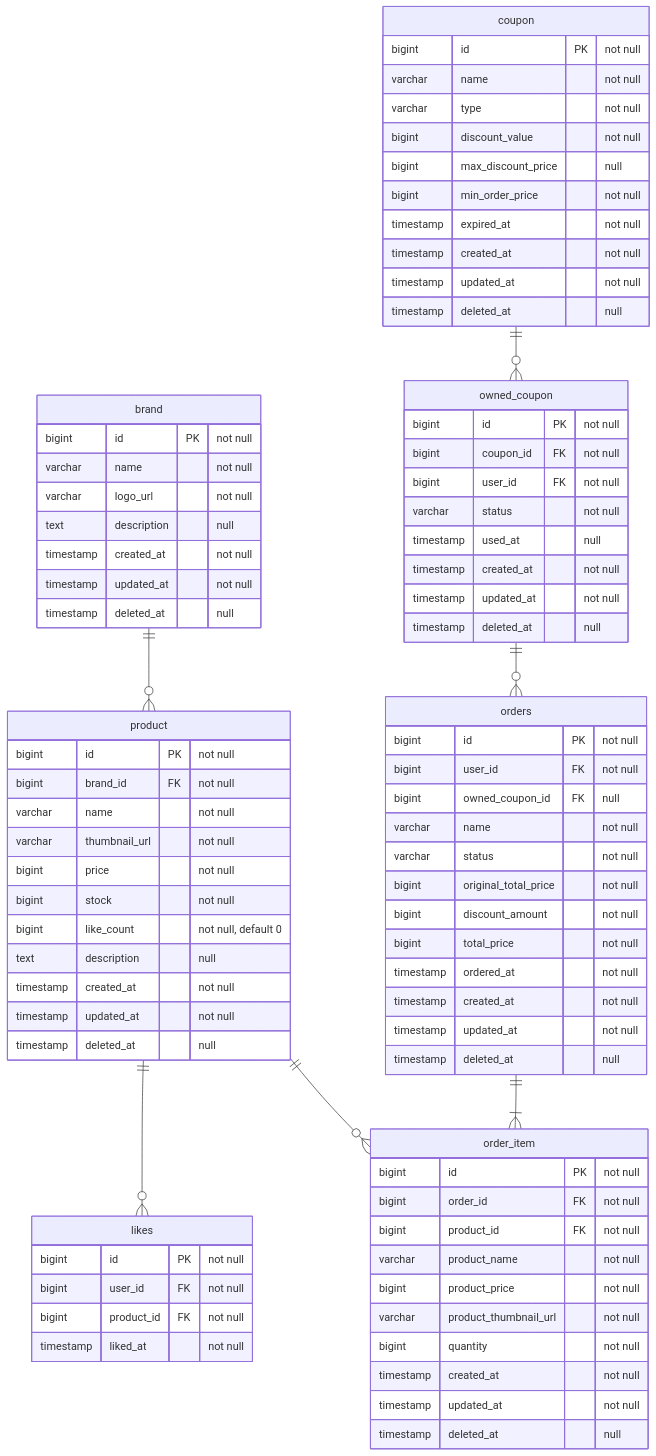
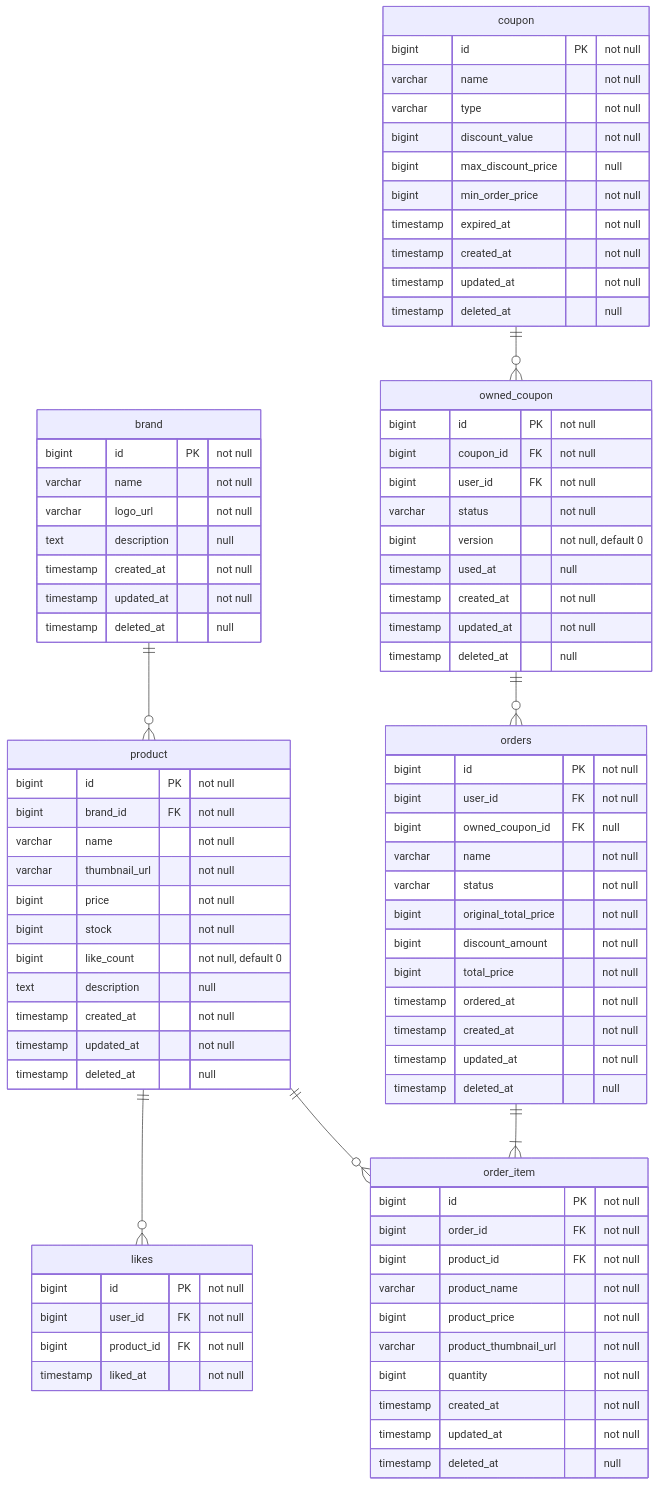
One commit to Loopers-dev-lab/loop-pack-be-l2-vol3-java changed the diagram in .docs/design/04-erd.md. Above: the diagram before and after it, drawn with Mermaid. The commit also changed other lines of this file and 15 other files, not shown here.

```diff
--- a/.docs/design/04-erd.md
+++ b/.docs/design/04-erd.md
@@ -68,6 +68,7 @@
         bigint coupon_id FK "not null"
         bigint user_id FK "not null"
         varchar status "not null"
+        bigint version "not null, default 0"
         timestamp used_at "null"
         timestamp created_at "not null"
         timestamp updated_at "not null"
```
